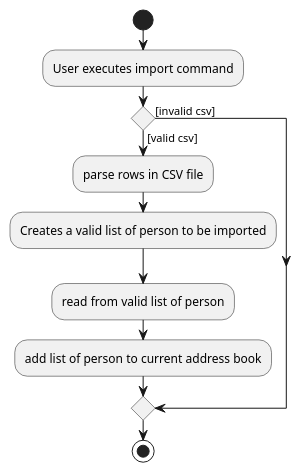
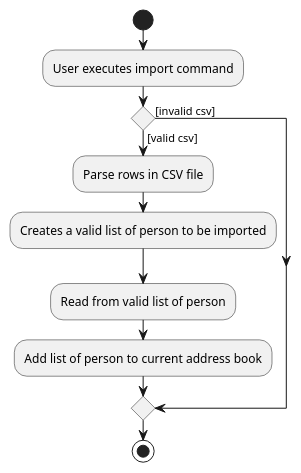
Before and after one commit to terencemah/main: the diagram in docs/diagrams/ImportLifeActivityDiagram.puml, drawn with PlantUML. The commit also changed 21 other files, not shown here.

```diff
--- a/docs/diagrams/ImportLifeActivityDiagram.puml
+++ b/docs/diagrams/ImportLifeActivityDiagram.puml
@@ -1,13 +1,13 @@
 @startuml
 start
 :User executes import command;
 
 if () then ([valid csv])
-    :parse rows in CSV file;
+    :Parse rows in CSV file;
     :Creates a valid list of person to be imported;
-    :read from valid list of person;
-    :add list of person to current address book;
+    :Read from valid list of person;
+    :Add list of person to current address book;
 else ([invalid csv])
 endif
 stop
 @enduml
```
